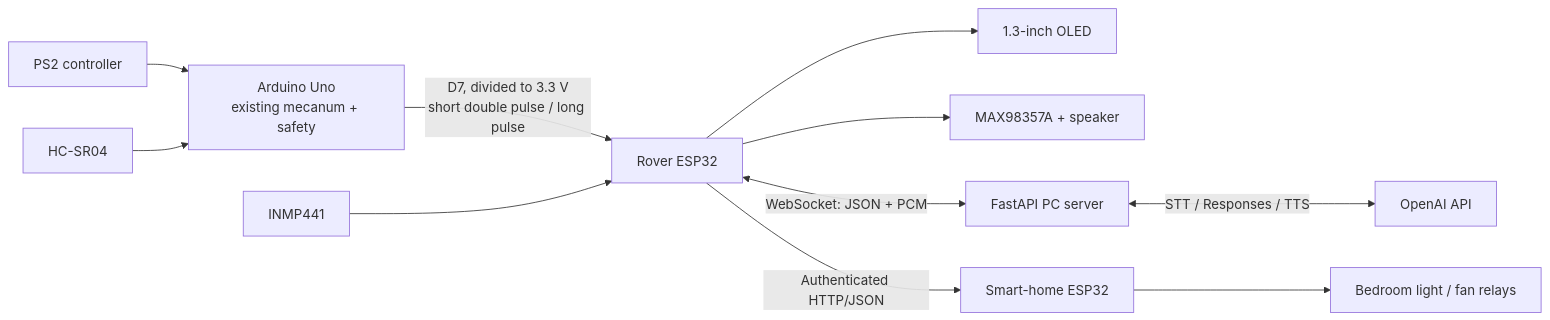
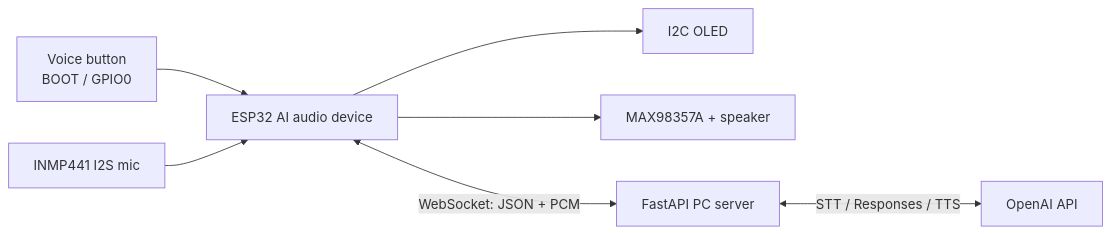
One commit to Jie-s-hub/Arex-Voice-Assistant changed the diagram in README.md. Above: the diagram before and after it, drawn with Mermaid. The commit also changed other lines of this file and 59 other files, not shown here.

Commit message:
Convert project to wireless AI audio device

````diff
--- a/README.md
+++ b/README.md
@@ -19,13 +16,9 @@
 ```mermaid
 flowchart LR
-    PS2["PS2 controller"] --> UNO["Arduino Uno<br/>existing mecanum + safety"]
-    SONAR["HC-SR04"] --> UNO
-    UNO -->|"D7, divided to 3.3 V<br/>short double pulse / long pulse"| ROVER["Rover ESP32"]
-    MIC["INMP441"] --> ROVER
-    ROVER --> OLED["1.3-inch OLED"]
-    ROVER --> AMP["MAX98357A + speaker"]
-    ROVER <-->|"WebSocket: JSON + PCM"| PC["FastAPI PC server"]
+    BUTTON["Voice button<br/>BOOT / GPIO0"] --> ESP32["ESP32 AI audio device"]
+    MIC["INMP441 I2S mic"] --> ESP32
+    ESP32 --> OLED["I2C OLED"]
+    ESP32 --> AMP["MAX98357A + speaker"]
+    ESP32 <-->|"WebSocket: JSON + PCM"| PC["FastAPI PC server"]
     PC <-->|"STT / Responses / TTS"| OPENAI["OpenAI API"]
-    ROVER -->|"Authenticated HTTP/JSON"| HOME["Smart-home ESP32"]
-    HOME --> RELAYS["Bedroom light / fan relays"]
 ```
````
